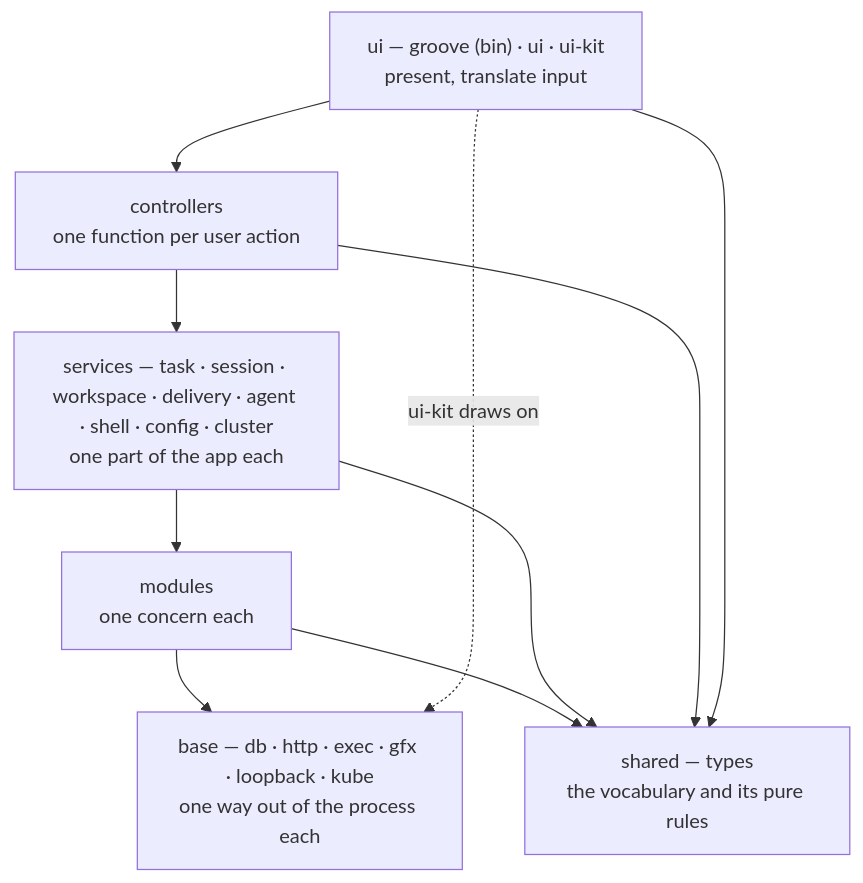
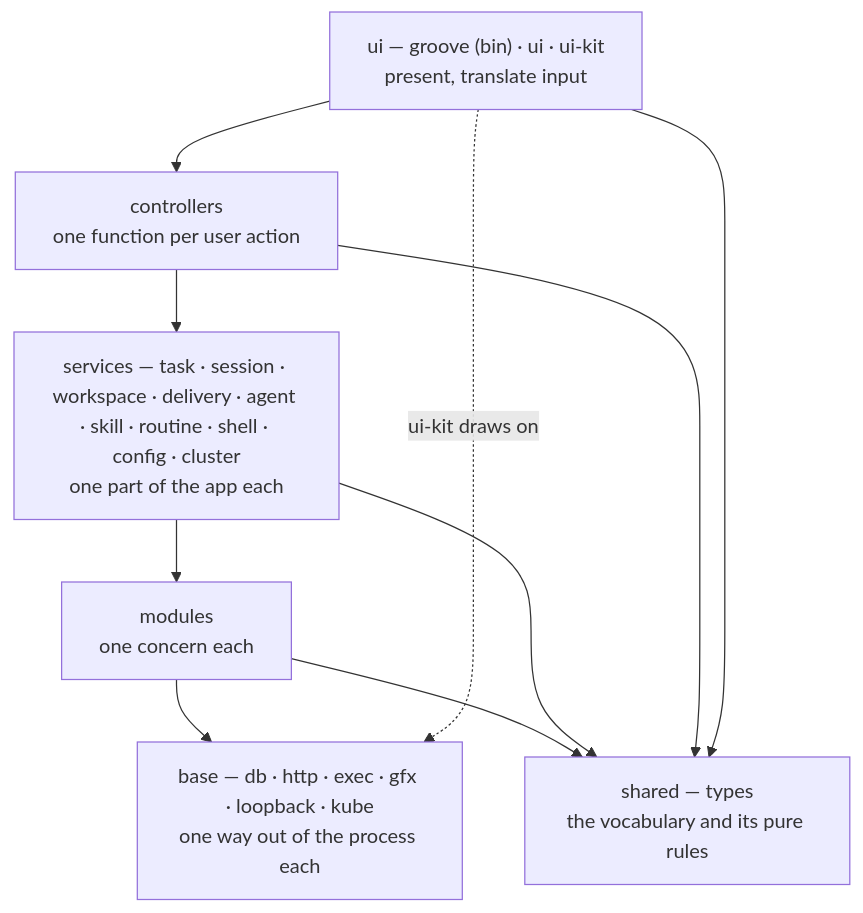
Before and after one commit to haoov/groove: the first of 2 diagrams in docs/architecture.md, drawn with Mermaid. The commit also changed other lines of this file and 487 other files, not shown here.

````diff
--- a/docs/architecture.md
+++ b/docs/architecture.md
@@ -9,15 +9,15 @@
 ```mermaid
 flowchart TD
     ui["ui — groove (bin) · ui · ui-kit<br/>present, translate input"]
     controllers["controllers<br/>one function per user action"]
-    services["services — task · session · workspace · delivery · agent · shell · config · cluster<br/>one part of the app each"]
+    services["services — task · session · workspace · delivery · agent · skill · routine · shell · config · cluster<br/>one part of the app each"]
     modules["modules<br/>one concern each"]
     base["base — db · http · exec · gfx · loopback · kube<br/>one way out of the process each"]
     shared["shared — types<br/>the vocabulary and its pure rules"]
     ui --> controllers --> services --> modules --> base
     ui -. "ui-kit draws on" .-> base
     modules --> shared
     services --> shared
     controllers --> shared
     ui --> shared
 ```
````
